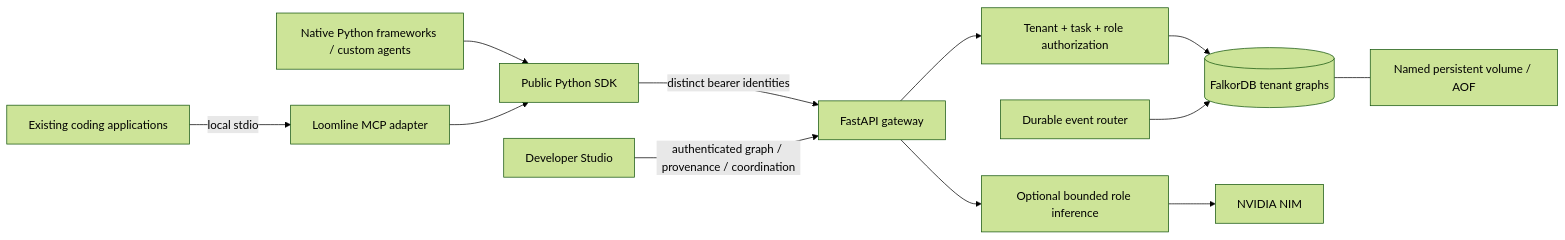
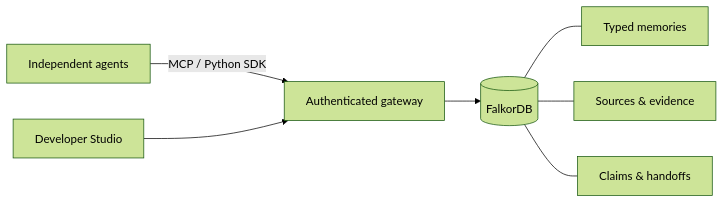
Before and after one commit to abhinavg08/loomline: the diagram in README.md, drawn with Mermaid (forest theme). The commit also changed other lines of this file and 24 other files, not shown here.

````diff
--- a/README.md
+++ b/README.md
@@ -209,14 +56,9 @@
 ```mermaid
 flowchart LR
-  C[Existing coding applications] -->|local stdio| M[Loomline MCP adapter]
-  F[Native Python frameworks / custom agents] --> S[Public Python SDK]
-  M --> S
-  S -->|distinct bearer identities| G[FastAPI gateway]
-  U[Developer Studio] -->|authenticated graph / provenance / coordination| G
-  G --> A[Tenant + task + role authorization]
-  A --> DB[(FalkorDB tenant graphs)]
-  R[Durable event router] --> DB
-  DB --- V[Named persistent volume / AOF]
-  G --> Q[Optional bounded role inference]
-  Q --> N[NVIDIA NIM]
+  A[Independent agents] -->|MCP / Python SDK| G[Authenticated gateway]
+  S[Developer Studio] --> G
+  G --> F[(FalkorDB)]
+  F --- M[Typed memories]
+  F --- E[Sources & evidence]
+  F --- H[Claims & handoffs]
 ```
````
